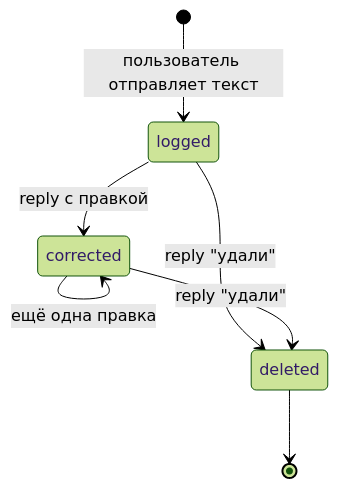
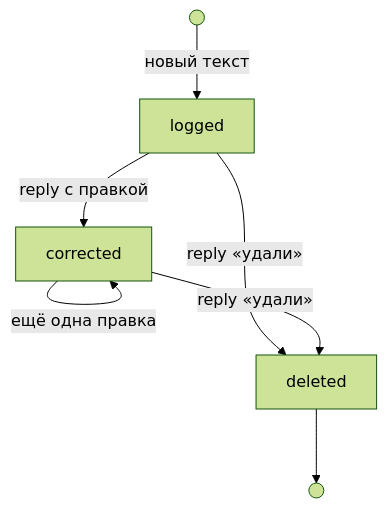
Before and after one commit to lusm554/kaizendo_bot: the second of 2 diagrams in README.md, drawn with Mermaid (forest theme).

Commit message:
docs: fix habit lifecycle diagram rendering
Replace stateDiagram-v2 with flowchart TD to avoid Mermaid rendering
artifacts where long transition labels from [*] appear as separate state
boxes, and self-loops create oversized arcs.

````diff
--- a/README.md
+++ b/README.md
@@ -37,9 +37,9 @@
 ```mermaid
-stateDiagram-v2
-    [*] --> logged : пользователь отправляет текст
-    logged --> corrected : reply с правкой
-    corrected --> corrected : ещё одна правка
-    logged --> deleted : reply "удали"
-    corrected --> deleted : reply "удали"
-    deleted --> [*]
+flowchart TD
+    S(( )) -->|новый текст| logged
+    logged -->|reply с правкой| corrected
+    corrected -->|ещё одна правка| corrected
+    logged -->|reply «удали»| deleted
+    corrected -->|reply «удали»| deleted
+    deleted --> E(( ))
 ```
````
